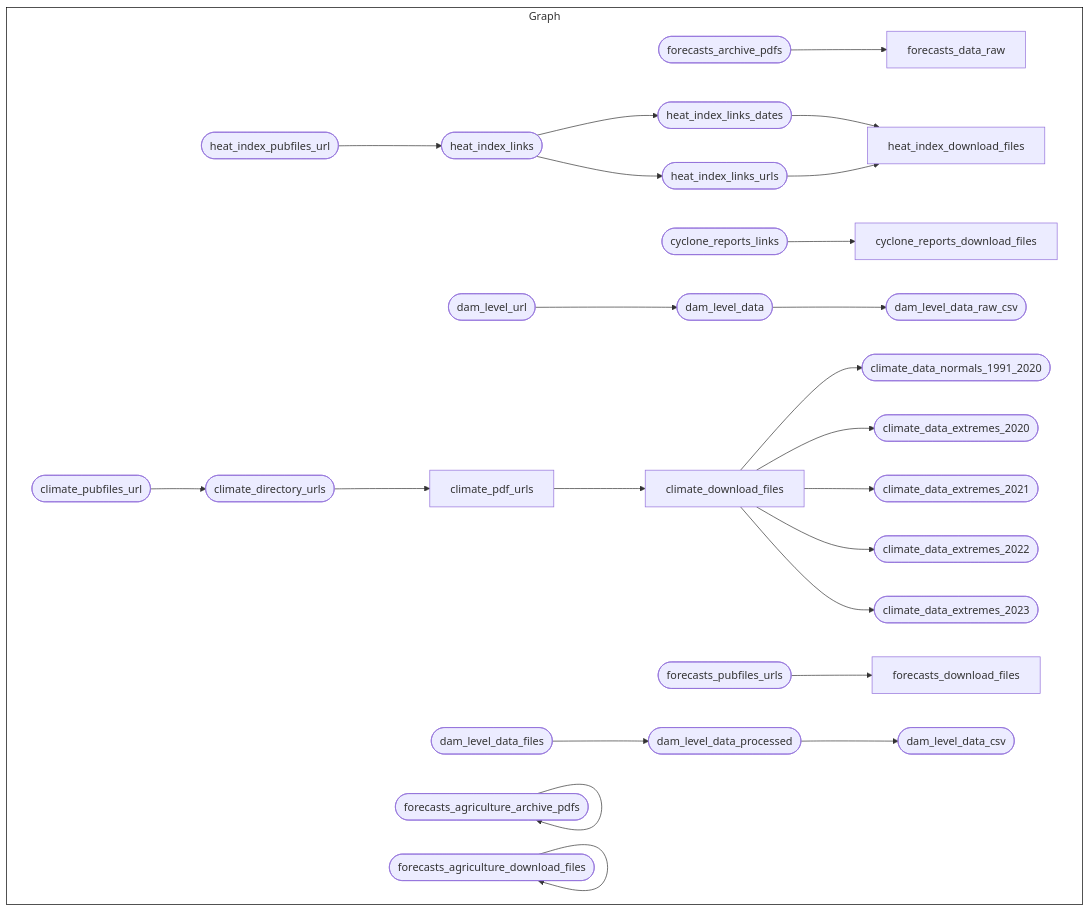
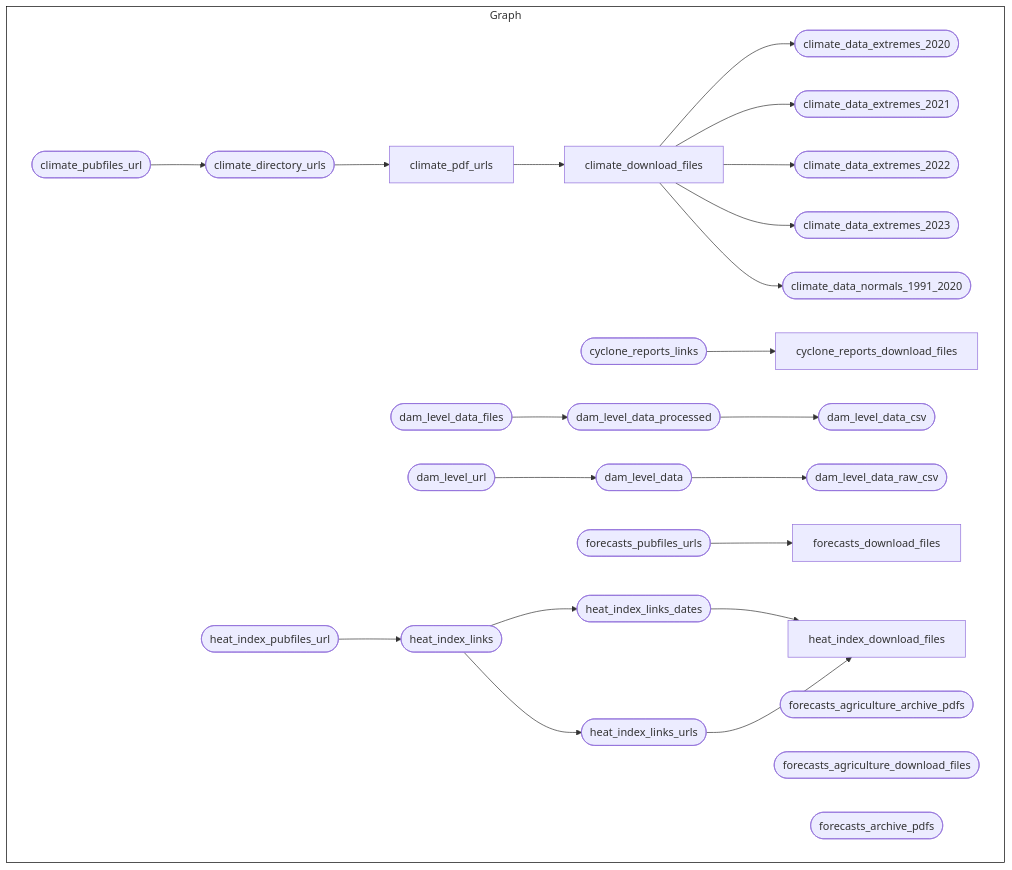
The first of 2 diagrams in README.md (panukatan/paglaom), drawn with Mermaid before and after one commit. The commit also changed other lines of this file and 1 other file, not shown here.

````diff
--- a/README.md
+++ b/README.md
@@ -187,29 +192,29 @@
 ``` mermaid
 graph LR
   style Graph fill:#FFFFFF00,stroke:#000000;
   subgraph Graph
     direction LR
-    x28812d8ea4d86f19(["forecasts_archive_pdfs"]):::outdated --> xcfcf871ca951fc3f["forecasts_data_raw"]:::outdated
-    x567709ab5f0adc71(["heat_index_pubfiles_url"]):::uptodate --> x56bd7c118ed46a38(["heat_index_links"]):::outdated
-    xb48a3b157c96bffd(["climate_pubfiles_url"]):::uptodate --> xa37a01adfb45bd68(["climate_directory_urls"]):::uptodate
-    xc77bb431ac7c3081(["dam_level_url"]):::uptodate --> x0de96327cc07b160(["dam_level_data"]):::outdated
-    x56bd7c118ed46a38(["heat_index_links"]):::outdated --> xc432bd4e21a7b9fa(["heat_index_links_dates"]):::outdated
-    xa37a01adfb45bd68(["climate_directory_urls"]):::uptodate --> x26b861c7a0a21b52["climate_pdf_urls"]:::uptodate
-    x6f87cfcc96bb274d(["cyclone_reports_links"]):::outdated --> x1cf596d0c4f824b5["cyclone_reports_download_files"]:::outdated
-    xc044beb81380bb4a["climate_download_files"]:::uptodate --> x42da7c0722c063a6(["climate_data_normals_1991_2020"]):::outdated
-    x56bd7c118ed46a38(["heat_index_links"]):::outdated --> x113a83dcec46090f(["heat_index_links_urls"]):::outdated
-    xc11d790635c14420(["forecasts_pubfiles_urls"]):::uptodate --> x7dd7e06e8ff4bc40["forecasts_download_files"]:::uptodate
-    xc044beb81380bb4a["climate_download_files"]:::uptodate --> xe06460aefd475ca2(["climate_data_extremes_2020"]):::outdated
-    xc044beb81380bb4a["climate_download_files"]:::uptodate --> xc83b489a1c433852(["climate_data_extremes_2021"]):::outdated
-    xc044beb81380bb4a["climate_download_files"]:::uptodate --> x9b64b30afbfc8ff9(["climate_data_extremes_2022"]):::outdated
-    xc044beb81380bb4a["climate_download_files"]:::uptodate --> xf620d5783ff15609(["climate_data_extremes_2023"]):::outdated
-    x7255575025352eb6(["dam_level_data_files"]):::uptodate --> xd2c3c65ab78d2c70(["dam_level_data_processed"]):::uptodate
-    x26b861c7a0a21b52["climate_pdf_urls"]:::uptodate --> xc044beb81380bb4a["climate_download_files"]:::uptodate
-    xc432bd4e21a7b9fa(["heat_index_links_dates"]):::outdated --> x4f749438c4164b8e["heat_index_download_files"]:::outdated
-    x113a83dcec46090f(["heat_index_links_urls"]):::outdated --> x4f749438c4164b8e["heat_index_download_files"]:::outdated
-    xd2c3c65ab78d2c70(["dam_level_data_processed"]):::uptodate --> xfa0b497de91938bb(["dam_level_data_csv"]):::uptodate
-    x0de96327cc07b160(["dam_level_data"]):::outdated --> x202d34e7af3ea1c1(["dam_level_data_raw_csv"]):::outdated
-    x6e2ddacb746493ac(["forecasts_agriculture_archive_pdfs"]):::uptodate --> x6e2ddacb746493ac(["forecasts_agriculture_archive_pdfs"]):::uptodate
-    x4b1f33bb14e8a195(["forecasts_agriculture_download_files"]):::outdated --> x4b1f33bb14e8a195(["forecasts_agriculture_download_files"]):::outdated
+    x8d6dd4935334fdb0["climate_download_files"]:::outdated --> x6140ccf982d3c194(["climate_data_extremes_2020"]):::outdated
+    x8d6dd4935334fdb0["climate_download_files"]:::outdated --> x473bf491133a7469(["climate_data_extremes_2021"]):::outdated
+    x8d6dd4935334fdb0["climate_download_files"]:::outdated --> x4c23adf6b8b844fc(["climate_data_extremes_2022"]):::outdated
+    x8d6dd4935334fdb0["climate_download_files"]:::outdated --> xbd0d87e3059ade21(["climate_data_extremes_2023"]):::outdated
+    x8d6dd4935334fdb0["climate_download_files"]:::outdated --> x4613b03fe04d7349(["climate_data_normals_1991_2020"]):::outdated
+    xab7eee1b2e061cd6(["climate_pubfiles_url"]):::outdated --> x8eff01740c695153(["climate_directory_urls"]):::outdated
+    x6dac381473a34b9b["climate_pdf_urls"]:::outdated --> x8d6dd4935334fdb0["climate_download_files"]:::outdated
+    x8eff01740c695153(["climate_directory_urls"]):::outdated --> x6dac381473a34b9b["climate_pdf_urls"]:::outdated
+    xe3caf2708d1d6dbd(["cyclone_reports_links"]):::outdated --> xc740241bf91f6d15["cyclone_reports_download_files"]:::outdated
+    x9edcec25e3f6632a(["dam_level_url"]):::outdated --> x348d87801300ab37(["dam_level_data"]):::outdated
+    xb06f2f43d869006d(["dam_level_data_processed"]):::outdated --> xd34352c7f528a9bd(["dam_level_data_csv"]):::outdated
+    xc84ea619aacf6414(["dam_level_data_files"]):::outdated --> xb06f2f43d869006d(["dam_level_data_processed"]):::outdated
+    x348d87801300ab37(["dam_level_data"]):::outdated --> xa20495ab08a6ee03(["dam_level_data_raw_csv"]):::outdated
+    x6d73550dd73502d5(["forecasts_pubfiles_urls"]):::uptodate --> xb1dd740dbda14dc7["forecasts_download_files"]:::outdated
+    x4eb137467026404e(["heat_index_links_dates"]):::outdated --> xcedf87332b7ffc06["heat_index_download_files"]:::outdated
+    xa81591ca0f225a93(["heat_index_links_urls"]):::outdated --> xcedf87332b7ffc06["heat_index_download_files"]:::outdated
+    x98cb4933c55c918b(["heat_index_pubfiles_url"]):::outdated --> x3e4a66ee3e59e27e(["heat_index_links"]):::outdated
+    x3e4a66ee3e59e27e(["heat_index_links"]):::outdated --> x4eb137467026404e(["heat_index_links_dates"]):::outdated
+    x3e4a66ee3e59e27e(["heat_index_links"]):::outdated --> xa81591ca0f225a93(["heat_index_links_urls"]):::outdated
+    xfcfe66c812f52e12(["forecasts_agriculture_archive_pdfs"]):::uptodate
+    x63842c45be329607(["forecasts_agriculture_download_files"]):::outdated
+    x0e87409a9b936a1b(["forecasts_archive_pdfs"]):::outdated
   end
 ```
````
